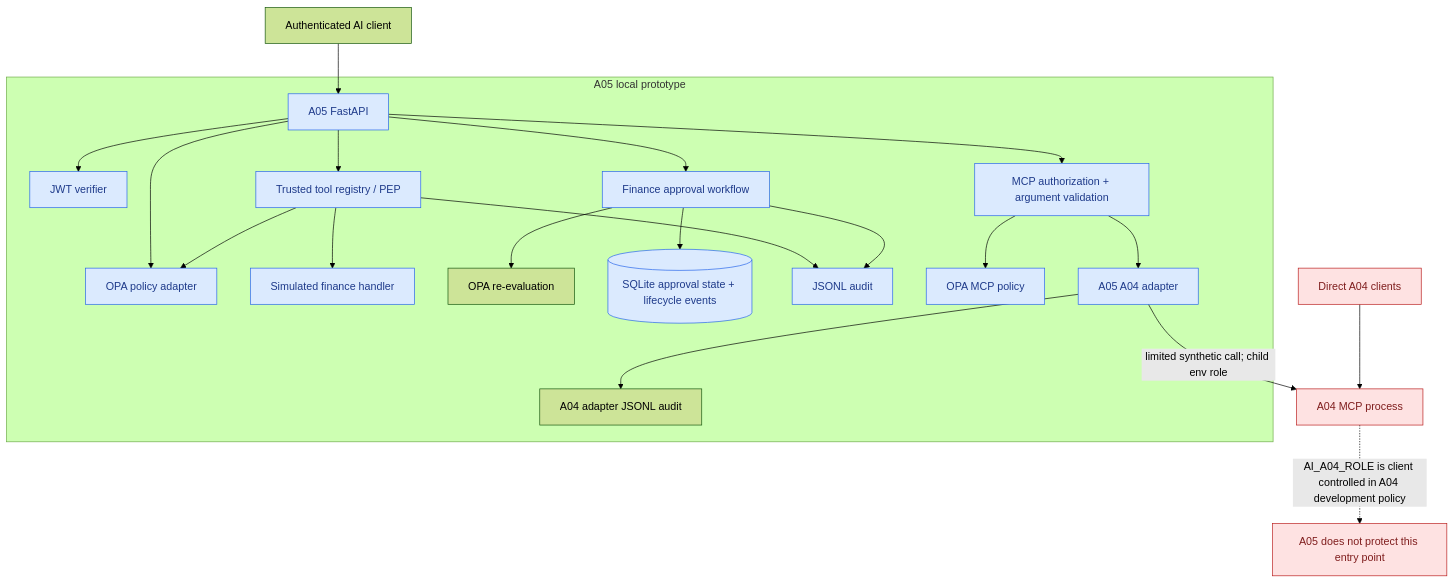
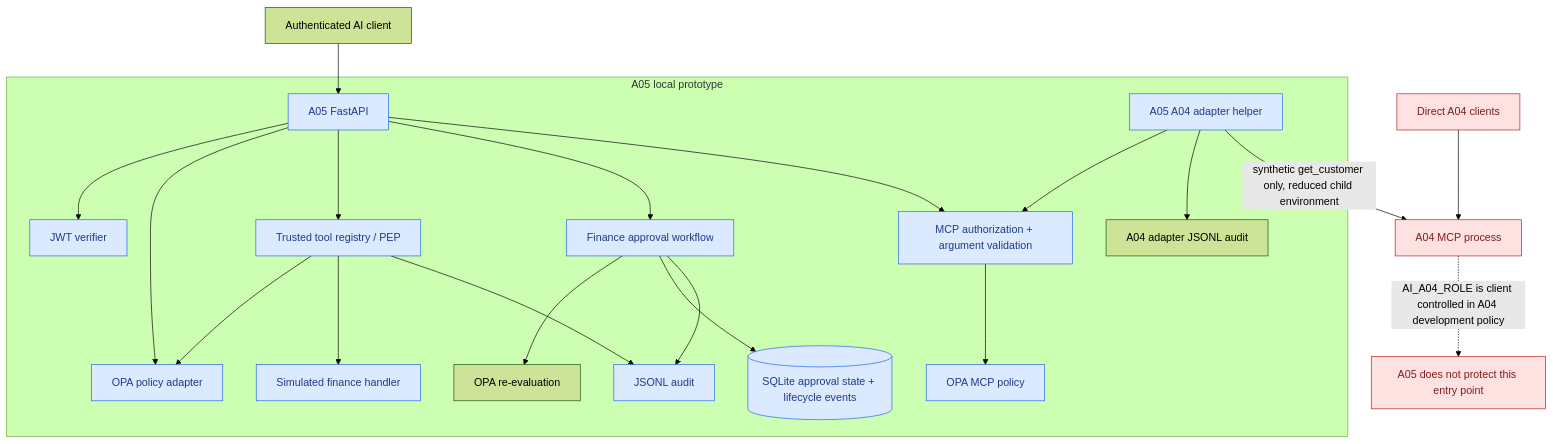
One commit to cpgrant/a-05-ai-governance-policy-enforcement changed the diagram in diagrams/02-component-architecture.mmd. Above: the diagram before and after it, drawn with Mermaid (forest theme). The commit also changed 20 other files, not shown here.

Commit message:
AI-A05 Day 4: finalize architecture diagrams and documentation

```diff
--- a/diagrams/02-component-architecture.mmd
+++ b/diagrams/02-component-architecture.mmd
@@ -1,28 +1,28 @@
 flowchart TB
     CLIENT["Authenticated AI client"] --> API["A05 FastAPI"]
 
     subgraph A05["A05 local prototype"]
         API --> JWT["JWT verifier"]
         API --> PDP["OPA policy adapter"]
         API --> PEP["Trusted tool registry / PEP"]
         PEP --> PDP
         PEP --> SIM["Simulated finance handler"]
         API --> APPROVAL["Finance approval workflow"]
         APPROVAL --> POLICY["OPA re-evaluation"]
         APPROVAL --> SQLITE[("SQLite approval state + lifecycle events")]
         PEP --> JSONL["JSONL audit"]
         APPROVAL --> JSONL
         API --> MCPAUTH["MCP authorization + argument validation"]
         MCPAUTH --> MCPOPA["OPA MCP policy"]
-        MCPAUTH --> ADAPTER["A05 A04 adapter"]
+        ADAPTER["A05 A04 adapter helper"] --> MCPAUTH
         ADAPTER --> MCPJSONL["A04 adapter JSONL audit"]
     end
 
-    ADAPTER -->|"limited synthetic call; child env role"| A04["A04 MCP process"]
+    ADAPTER -->|"synthetic get_customer only, reduced child environment"| A04["A04 MCP process"]
     DIRECT["Direct A04 clients"] --> A04
     A04 -. "AI_A04_ROLE is client controlled in A04 development policy" .-> RISK["A05 does not protect this entry point"]
 
     classDef local fill:#dbeafe,stroke:#2563eb,color:#1e3a8a
     classDef boundary fill:#fee2e2,stroke:#b91c1c,color:#7f1d1d
     class API,JWT,PDP,PEP,SIM,APPROVAL,SQLITE,JSONL,MCPAUTH,MCPOPA,ADAPTER local
     class A04,DIRECT,RISK boundary
```
